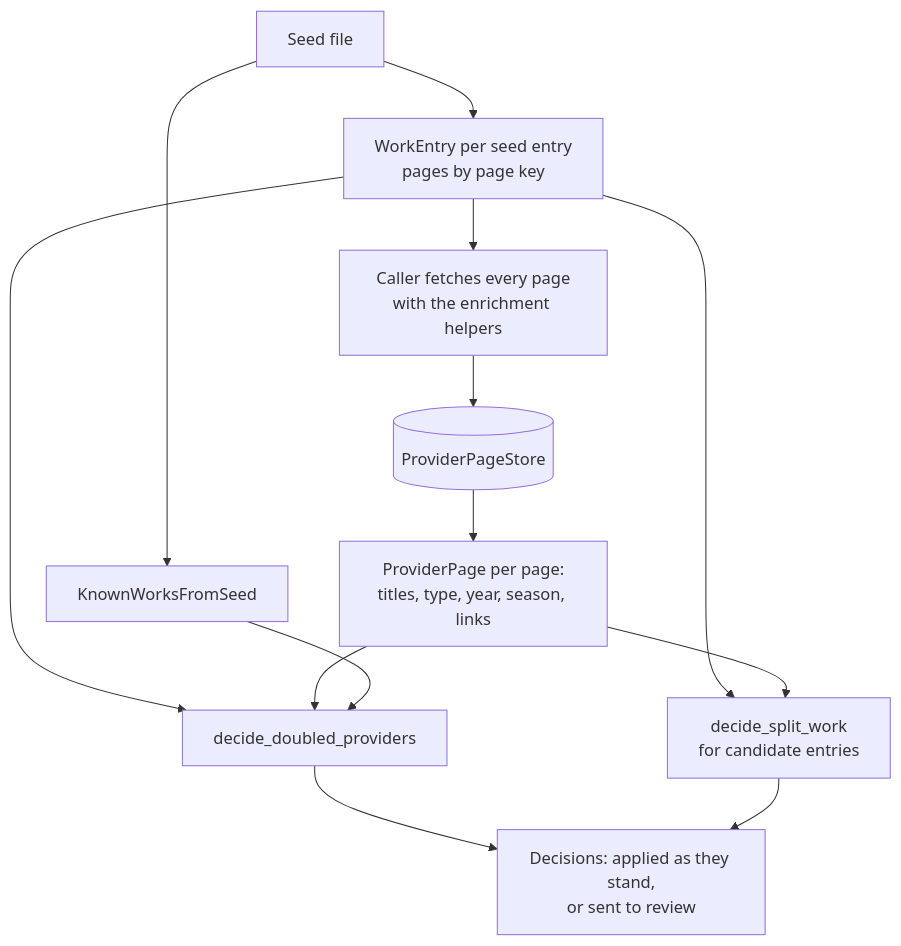
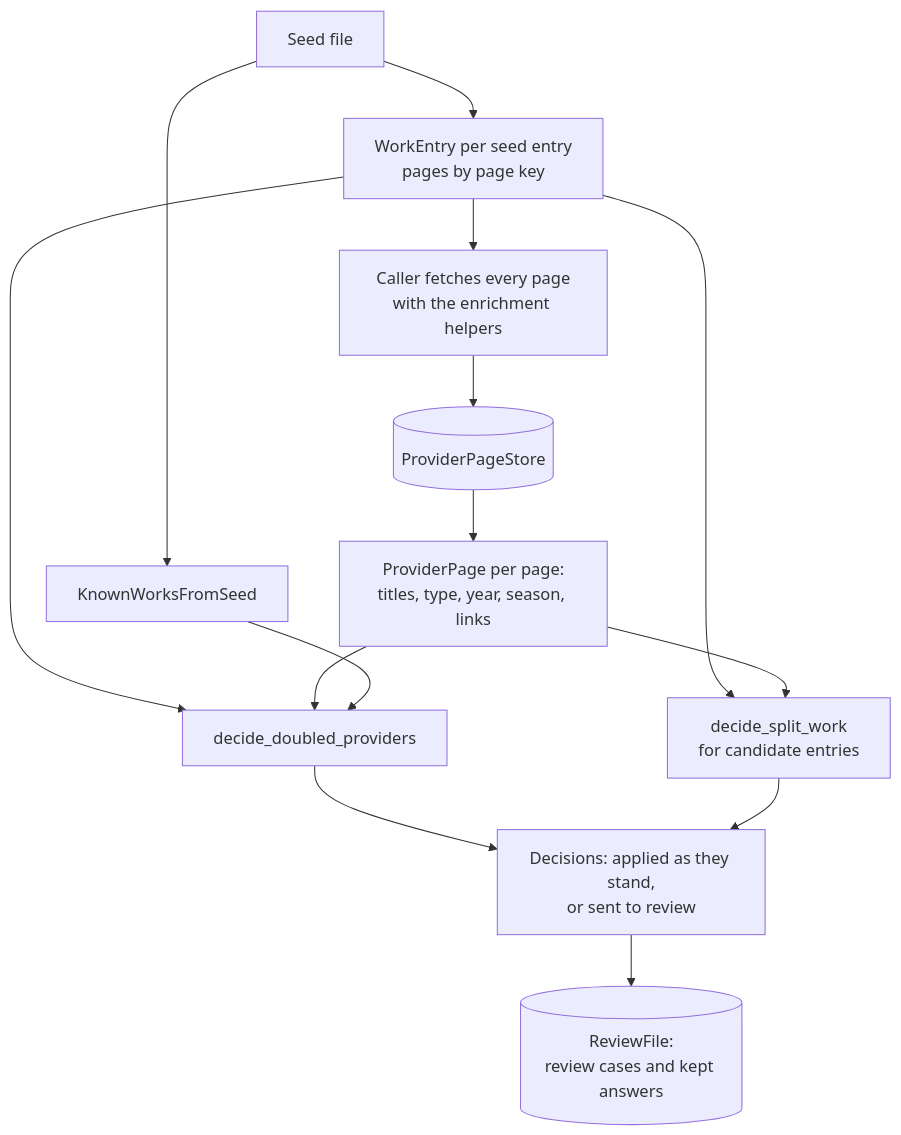
The first of 2 diagrams in libs/work_matching/README.md (adnanaq/echora), drawn with Mermaid before and after one commit. The commit also changed other lines of this file and 2 other files, not shown here.

Commit message:
docs(ECHO-62): describe the review file in the work matching README

````diff
--- a/libs/work_matching/README.md
+++ b/libs/work_matching/README.md
@@ -50,15 +51,16 @@
 ```mermaid
 flowchart TD
     seed[Seed file] --> entries[WorkEntry per seed entry<br/>pages by page key]
     seed --> known[KnownWorksFromSeed]
     entries --> fetch[Caller fetches every page<br/>with the enrichment helpers]
     fetch --> store[(ProviderPageStore)]
     store --> pages[ProviderPage per page:<br/>titles, type, year, season, links]
     entries --> doubled[decide_doubled_providers]
     pages --> doubled
     known --> doubled
     entries --> split[decide_split_work<br/>for candidate entries]
     pages --> split
     doubled --> decisions[Decisions: applied as they stand,<br/>or sent to review]
+    decisions --> review[(ReviewFile:<br/>review cases and kept answers)]
     split --> decisions
 ```
````
